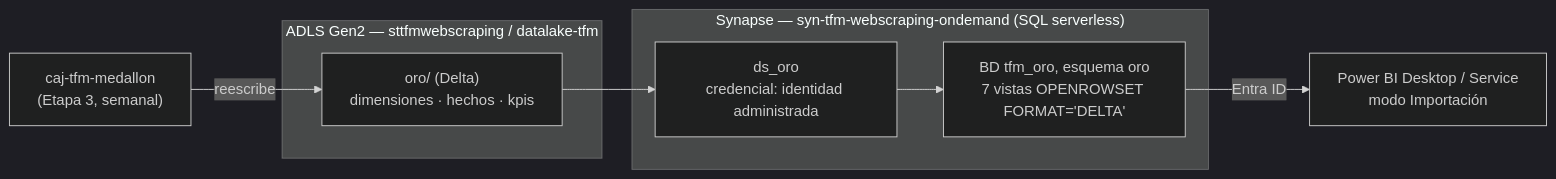
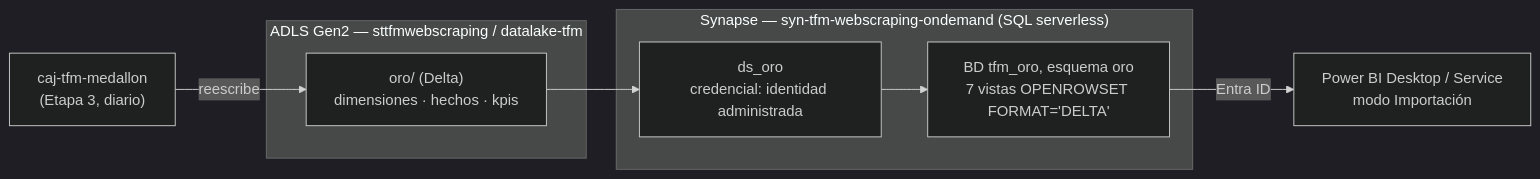
One commit to sergiomoralescorzo-bit/tfm-monitoreo-precios-tv changed the first of 2 diagrams in docs/04_Etapa4_Modelo_Estrella.md. Above: the diagram before and after it, drawn with Mermaid (dark theme). The commit also changed 17 other files, not shown here.

````diff
--- a/docs/04_Etapa4_Modelo_Estrella.md
+++ b/docs/04_Etapa4_Modelo_Estrella.md
@@ -23,13 +23,13 @@
 ```mermaid
 flowchart LR
     subgraph Lago["ADLS Gen2 — sttfmwebscraping / datalake-tfm"]
         ORO["oro/ (Delta)<br/>dimensiones · hechos · kpis"]
     end
     subgraph Syn["Synapse — syn-tfm-webscraping-ondemand (SQL serverless)"]
         DS["ds_oro<br/>credencial: identidad administrada"]
         V["BD tfm_oro, esquema oro<br/>7 vistas OPENROWSET FORMAT='DELTA'"]
     end
     PBI["Power BI Desktop / Service<br/>modo Importación"]
-    MED["caj-tfm-medallon<br/>(Etapa 3, semanal)"] -->|reescribe| ORO
+    MED["caj-tfm-medallon<br/>(Etapa 3, diario)"] -->|reescribe| ORO
     ORO --> DS --> V -->|Entra ID| PBI
 ```
````
